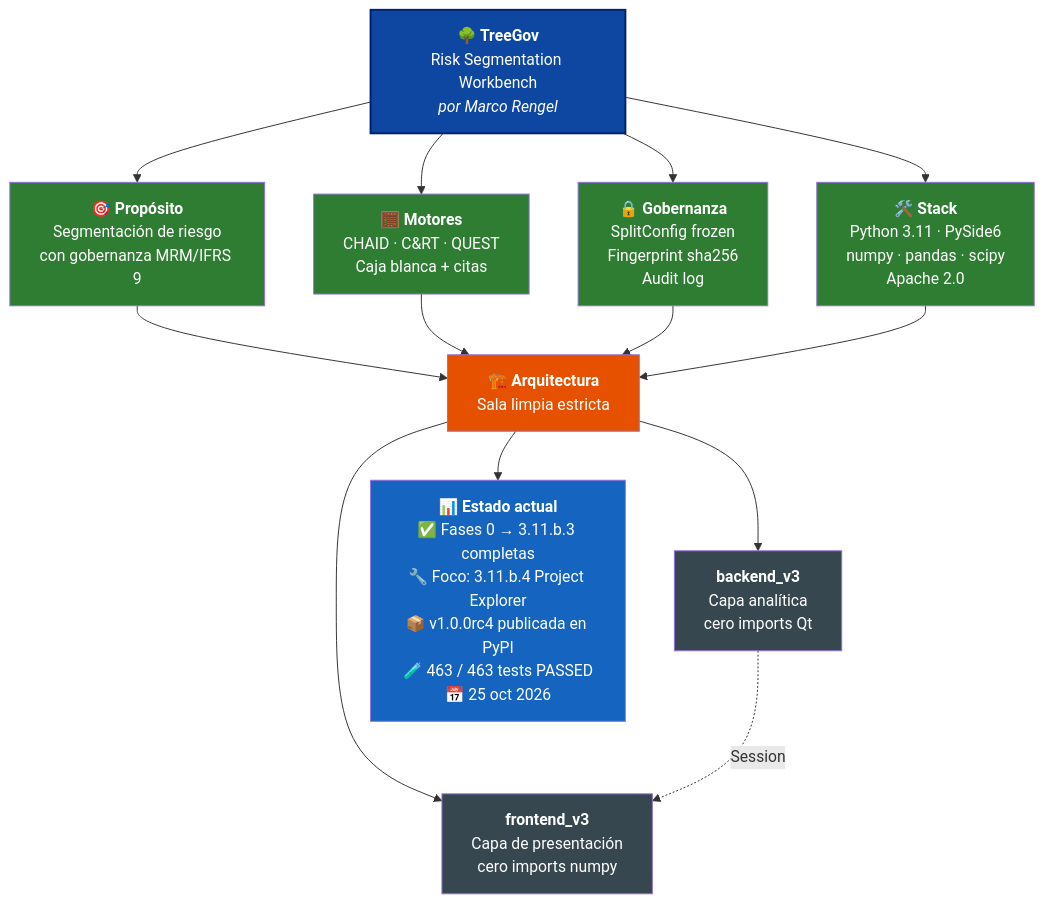
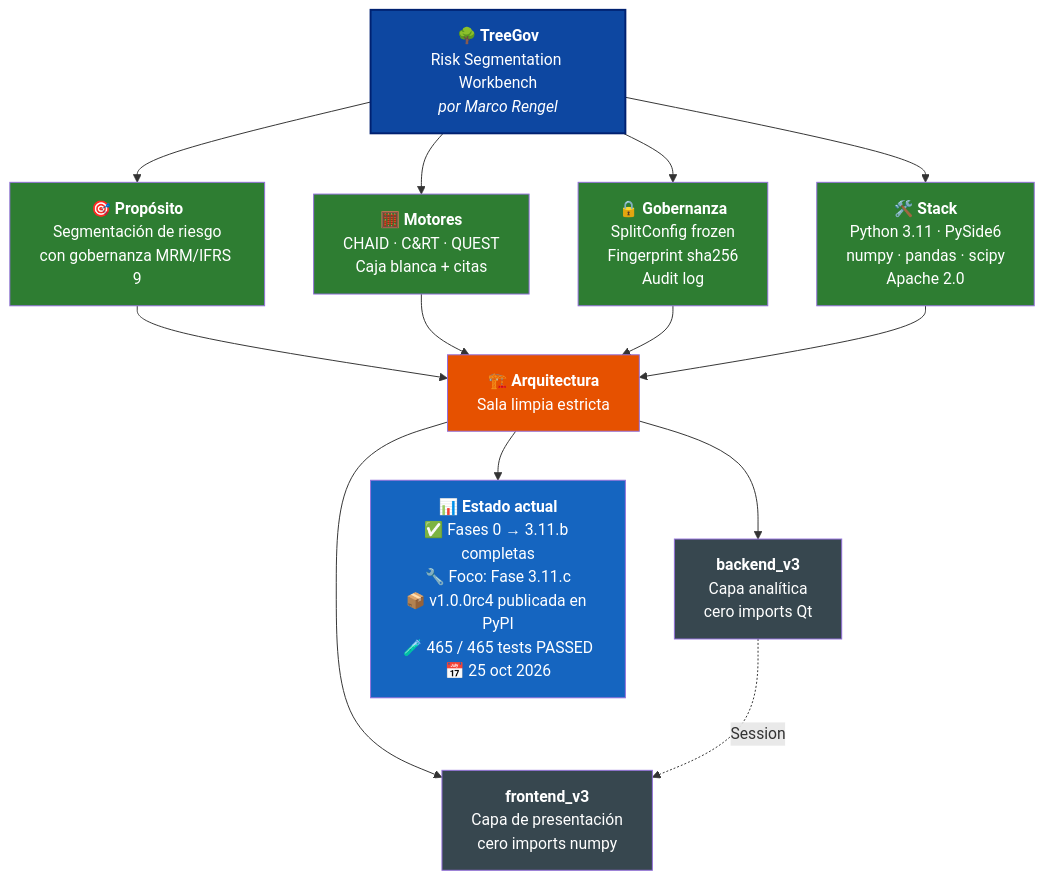
One commit to Marco-Rengel/treegov changed the diagram in README.es.md. Above: the diagram before and after it, drawn with Mermaid. The commit also changed other lines of this file and 6 other files, not shown here.

````diff
--- a/README.es.md
+++ b/README.es.md
@@ -38,31 +38,31 @@
 ```mermaid
 flowchart TB
     TG["<b>🌳 TreeGov</b><br/>Risk Segmentation Workbench<br/><i>por Marco Rengel</i>"]
 
     TG --> P["<b>🎯 Propósito</b><br/>Segmentación de riesgo<br/>con gobernanza MRM/IFRS 9"]
     TG --> M["<b>🧮 Motores</b><br/>CHAID · C&RT · QUEST<br/>Caja blanca + citas"]
     TG --> G["<b>🔒 Gobernanza</b><br/>SplitConfig frozen<br/>Fingerprint sha256<br/>Audit log"]
     TG --> S["<b>🛠️ Stack</b><br/>Python 3.11 · PySide6<br/>numpy · pandas · scipy<br/>Apache 2.0"]
 
     P --> ARQ["<b>🏗️ Arquitectura</b><br/>Sala limpia estricta"]
     M --> ARQ
     G --> ARQ
     S --> ARQ
 
     ARQ --> BE["<b>backend_v3</b><br/>Capa analítica<br/>cero imports Qt"]
     ARQ --> FE["<b>frontend_v3</b><br/>Capa de presentación<br/>cero imports numpy"]
 
     BE -.->|Session| FE
 
-    ARQ --> ST["<b>📊 Estado actual</b><br/>✅ Fases 0 → 3.11.b.3 completas<br/>🔧 Foco: 3.11.b.4 Project Explorer<br/>📦 v1.0.0rc4 publicada en PyPI<br/>🧪 463 / 463 tests PASSED<br/>📅 25 oct 2026"]
+    ARQ --> ST["<b>📊 Estado actual</b><br/>✅ Fases 0 → 3.11.b completas<br/>🔧 Foco: Fase 3.11.c<br/>📦 v1.0.0rc4 publicada en PyPI<br/>🧪 465 / 465 tests PASSED<br/>📅 25 oct 2026"]
 
     style TG fill:#0D47A1,color:#fff,stroke:#002171,stroke-width:2px
     style P fill:#2E7D32,color:#fff
     style M fill:#2E7D32,color:#fff
     style G fill:#2E7D32,color:#fff
     style S fill:#2E7D32,color:#fff
     style ARQ fill:#E65100,color:#fff
     style BE fill:#37474F,color:#fff
     style FE fill:#37474F,color:#fff
     style ST fill:#1565C0,color:#fff
 ```
````
